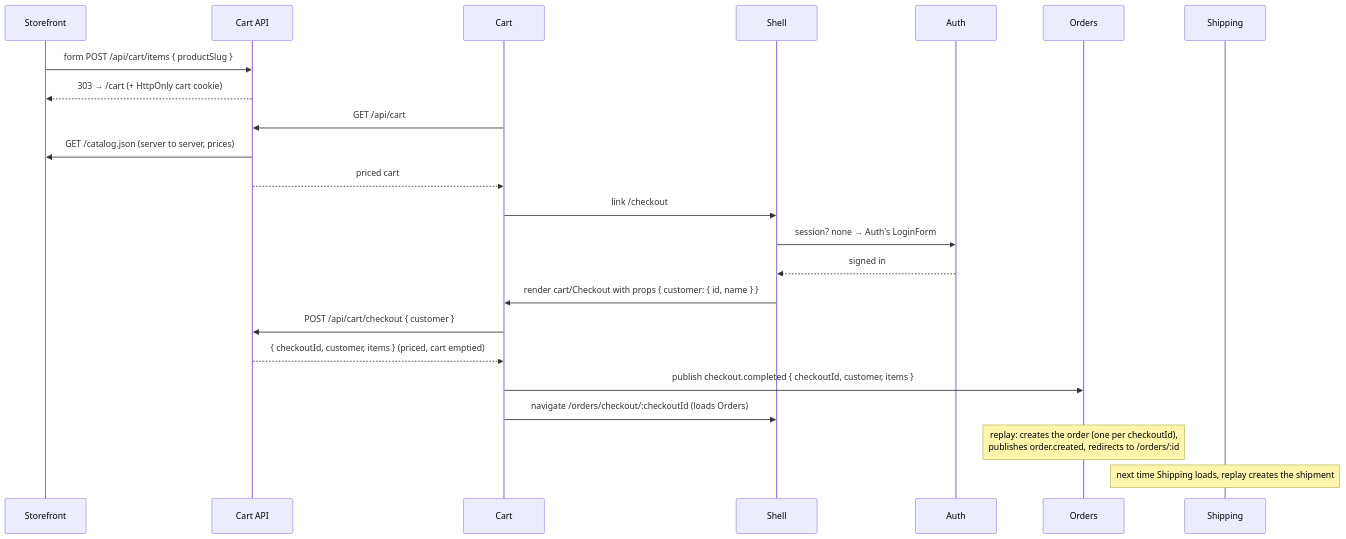
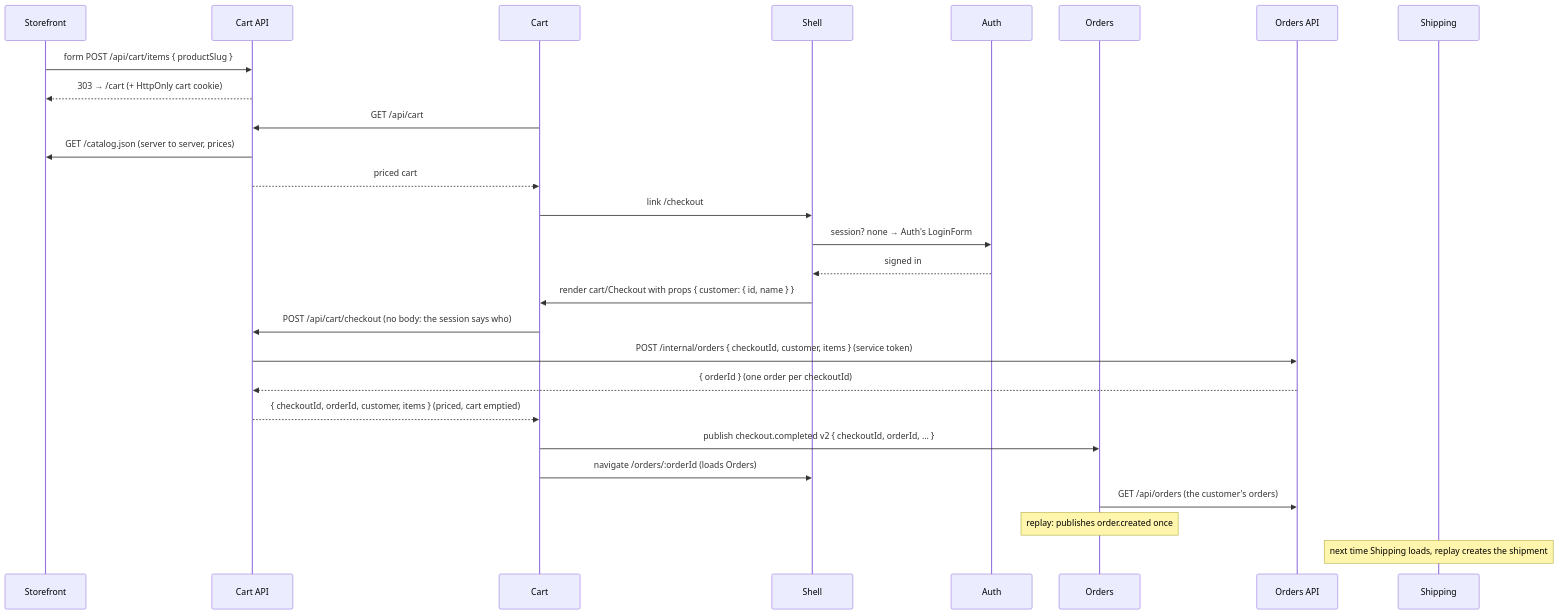
Before and after one commit to alireza-akbarzadeh/mciro: the fourth of 4 diagrams in micro-shop/docs/developer-overview.md, drawn with Mermaid. The commit also changed other lines of this file and 3 other files, not shown here.

````diff
--- a/micro-shop/docs/developer-overview.md
+++ b/micro-shop/docs/developer-overview.md
@@ -640,26 +673,30 @@
 ```mermaid
 sequenceDiagram
     participant SF as Storefront
     participant API as Cart API
     participant C as Cart
     participant Sh as Shell
     participant A as Auth
     participant O as Orders
+    participant OA as Orders API
     participant S as Shipping
 
     SF->>API: form POST /api/cart/items { productSlug }
     API-->>SF: 303 → /cart (+ HttpOnly cart cookie)
     C->>API: GET /api/cart
     API->>SF: GET /catalog.json (server to server, prices)
     API-->>C: priced cart
     C->>Sh: link /checkout
     Sh->>A: session? none → Auth's LoginForm
     A-->>Sh: signed in
     Sh->>C: render cart/Checkout with props { customer: { id, name } }
-    C->>API: POST /api/cart/checkout { customer }
-    API-->>C: { checkoutId, customer, items } (priced, cart emptied)
-    C->>O: publish checkout.completed { checkoutId, customer, items }
-    C->>Sh: navigate /orders/checkout/:checkoutId (loads Orders)
-    Note over O: replay: creates the order (one per checkoutId),<br/>publishes order.created, redirects to /orders/:id
+    C->>API: POST /api/cart/checkout (no body: the session says who)
+    API->>OA: POST /internal/orders { checkoutId, customer, items } (service token)
+    OA-->>API: { orderId } (one order per checkoutId)
+    API-->>C: { checkoutId, orderId, customer, items } (priced, cart emptied)
+    C->>O: publish checkout.completed v2 { checkoutId, orderId, … }
+    C->>Sh: navigate /orders/:orderId (loads Orders)
+    O->>OA: GET /api/orders (the customer's orders)
+    Note over O: replay: publishes order.created once
     Note over S: next time Shipping loads, replay creates the shipment
 ```
````
